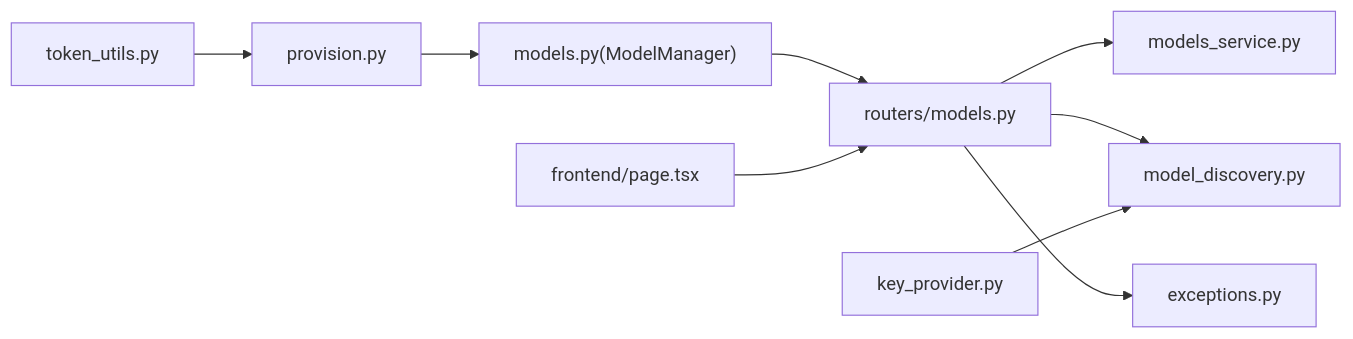
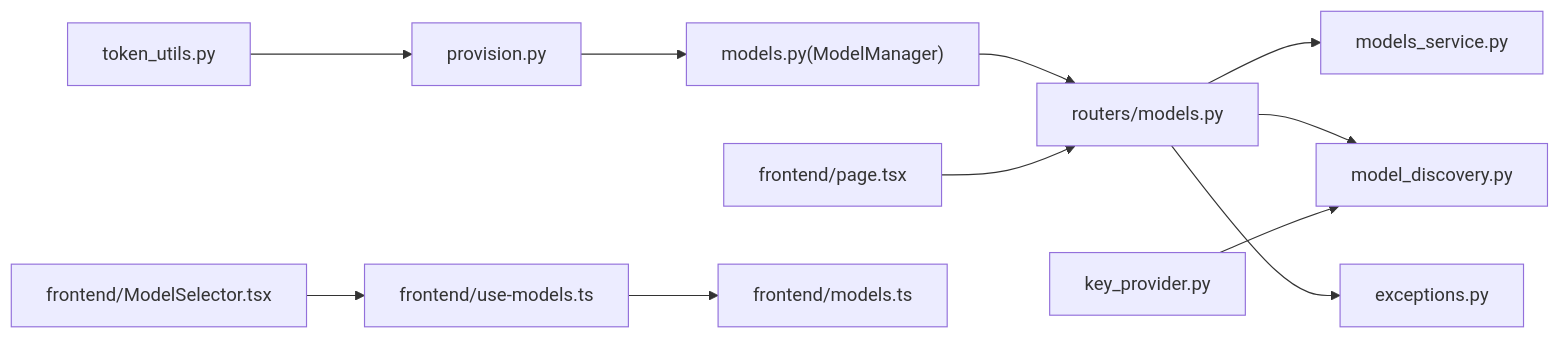
Before and after one commit to jackeyunjie/open-notebook: the seventh of 7 diagrams in .qoder/repowiki/zh/content/后端架构/AI服务集成/模型发现与选择.md, drawn with Mermaid. The commit also changed other lines of this file and 51 other files, not shown here.

````diff
--- a/.qoder/repowiki/zh/content/后端架构/AI服务集成/模型发现与选择.md
+++ b/.qoder/repowiki/zh/content/后端架构/AI服务集成/模型发现与选择.md
@@ -373,11 +414,13 @@
 ```mermaid
 graph LR
 TU["token_utils.py"] --> PR["provision.py"]
 PR --> MM["models.py(ModelManager)"]
 MM --> APIR["routers/models.py"]
 APIR --> MS["models_service.py"]
 APIR --> MD["model_discovery.py"]
 APIR --> EX["exceptions.py"]
 KP["key_provider.py"] --> MD
 FR["frontend/page.tsx"] --> APIR
+SEL["frontend/ModelSelector.tsx"] --> HOOK["frontend/use-models.ts"]
+HOOK --> API["frontend/models.ts"]
 ```
````
